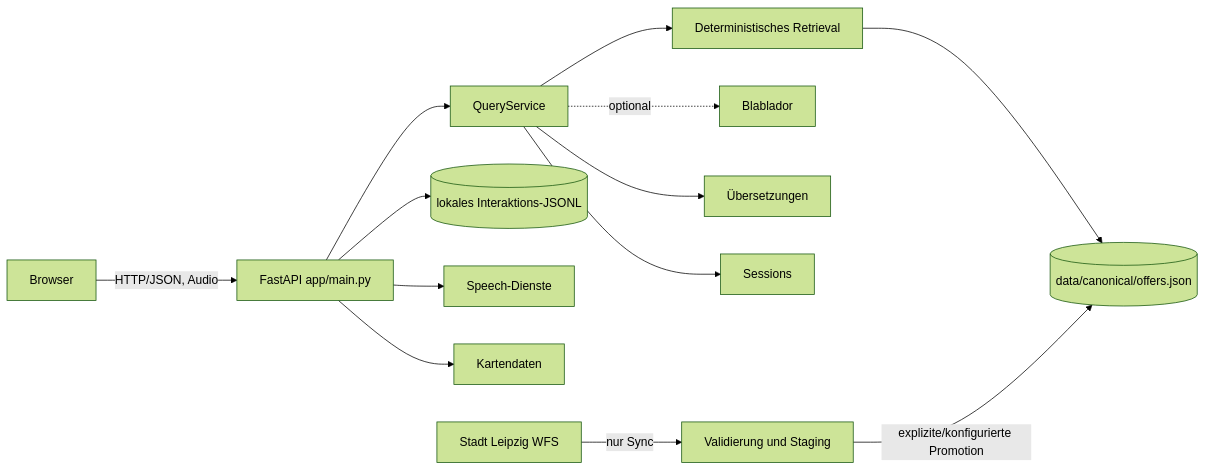
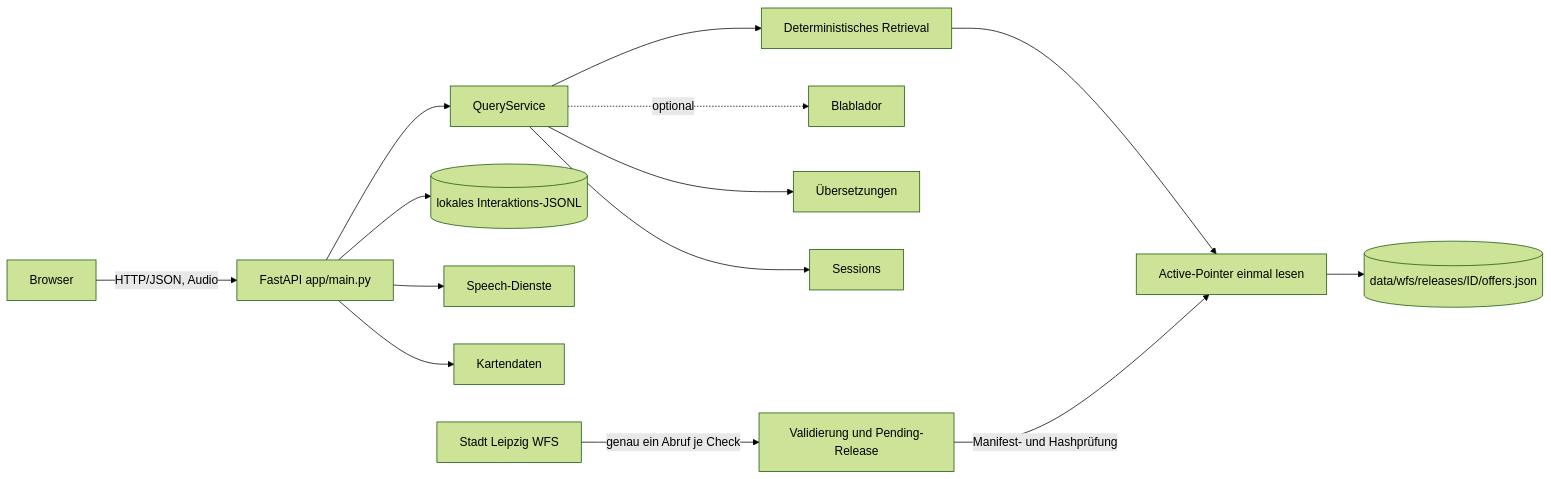
One commit to HannahHoffner/lena-grounded-voice-assistant changed the diagram in docs/architecture.md. Above: the diagram before and after it, drawn with Mermaid (forest theme). The commit also changed other lines of this file and 8 other files, not shown here.

Commit message:
docs: document atomic WFS release operations

````diff
--- a/docs/architecture.md
+++ b/docs/architecture.md
@@ -10,15 +10,16 @@
 ```mermaid
 flowchart LR
     U[Browser] -->|HTTP/JSON, Audio| A[FastAPI app/main.py]
     A --> S[QueryService]
     S --> R[Deterministisches Retrieval]
     S -. optional .-> L[Blablador]
-    R --> K[(data/canonical/offers.json)]
+    R --> C[Active-Pointer einmal lesen]
+    C --> K[(data/wfs/releases/ID/offers.json)]
     S --> I[Übersetzungen]
     S --> X[Sessions]
     A --> O[(lokales Interaktions-JSONL)]
     A --> P[Speech-Dienste]
     A --> M[Kartendaten]
-    W[Stadt Leipzig WFS] -->|nur Sync| Y[Validierung und Staging]
-    Y -->|explizite/konfigurierte Promotion| K
+    W[Stadt Leipzig WFS] -->|genau ein Abruf je Check| Y[Validierung und Pending-Release]
+    Y -->|Manifest- und Hashprüfung| C
 ```
````
